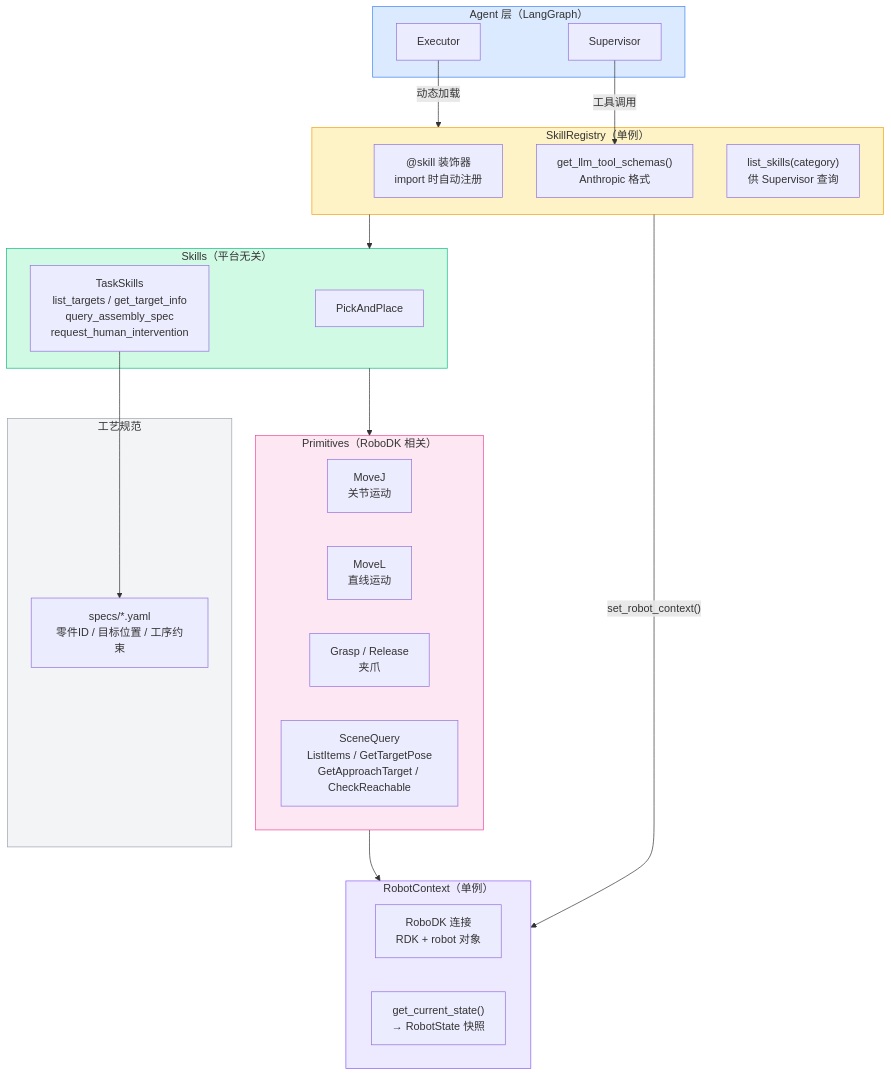
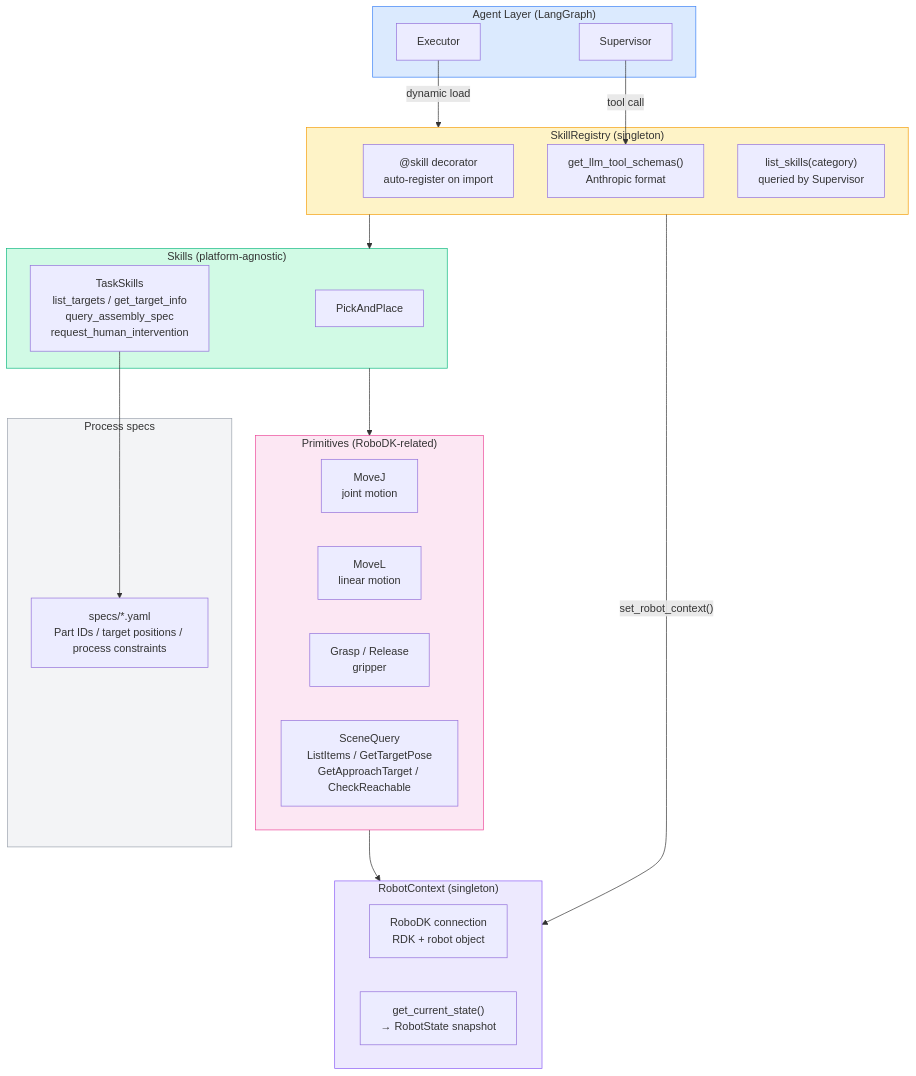
One commit to SniperPigeon/RoboSkiAgent changed the fourth of 7 diagrams in SkiLib/doc/DIAGRAMS.md. Above: the diagram before and after it, drawn with Mermaid. The commit also changed other lines of this file, not shown here.

Commit message:
update diagram

````diff
--- a/SkiLib/doc/DIAGRAMS.md
+++ b/SkiLib/doc/DIAGRAMS.md
@@ -185,49 +185,49 @@
 ```mermaid
 graph TB
-    subgraph AGENT["Agent 层（LangGraph）"]
+    subgraph AGENT["Agent Layer (LangGraph)"]
         SUP2["Supervisor"]
         EXEC2["Executor"]
     end
 
-    subgraph REGISTRY["SkillRegistry（单例）"]
-        DEC["@skill 装饰器<br/>import 时自动注册"]
-        SCHEMA["get_llm_tool_schemas()<br/>Anthropic 格式"]
-        LIST["list_skills(category)<br/>供 Supervisor 查询"]
+    subgraph REGISTRY["SkillRegistry (singleton)"]
+        DEC["@skill decorator<br/>auto-register on import"]
+        SCHEMA["get_llm_tool_schemas()<br/>Anthropic format"]
+        LIST["list_skills(category)<br/>queried by Supervisor"]
     end
 
-    subgraph SKILLS2["Skills（平台无关）"]
+    subgraph SKILLS2["Skills (platform-agnostic)"]
         PAP["PickAndPlace"]
         TS["TaskSkills<br/>list_targets / get_target_info<br/>query_assembly_spec<br/>request_human_intervention"]
     end
 
-    subgraph PRIMS2["Primitives（RoboDK 相关）"]
-        MJ["MoveJ<br/>关节运动"]
-        ML["MoveL<br/>直线运动"]
-        GR["Grasp / Release<br/>夹爪"]
+    subgraph PRIMS2["Primitives (RoboDK-related)"]
+        MJ["MoveJ<br/>joint motion"]
+        ML["MoveL<br/>linear motion"]
+        GR["Grasp / Release<br/>gripper"]
         SQ["SceneQuery<br/>ListItems / GetTargetPose<br/>GetApproachTarget / CheckReachable"]
     end
 
-    subgraph CONTEXT["RobotContext（单例）"]
-        RDK2["RoboDK 连接<br/>RDK + robot 对象"]
-        STATE2["get_current_state()<br/>→ RobotState 快照"]
+    subgraph CONTEXT["RobotContext (singleton)"]
+        RDK2["RoboDK connection<br/>RDK + robot object"]
+        STATE2["get_current_state()<br/>→ RobotState snapshot"]
     end
 
-    subgraph SPECS["工艺规范"]
-        YAML["specs/*.yaml<br/>零件ID / 目标位置 / 工序约束"]
+    subgraph SPECS["Process specs"]
+        YAML["specs/*.yaml<br/>Part IDs / target positions / process constraints"]
     end
 
-    SUP2 -->|"工具调用"| SCHEMA
-    EXEC2 -->|"动态加载"| REGISTRY
+    SUP2 -->|"tool call"| SCHEMA
+    EXEC2 -->|"dynamic load"| REGISTRY
     REGISTRY --> SKILLS2
     SKILLS2 --> PRIMS2
     PRIMS2 --> CONTEXT
     TS --> YAML
     REGISTRY -->|"set_robot_context()"| CONTEXT
 
     style AGENT fill:#dbeafe,stroke:#3b82f6
     style REGISTRY fill:#fef3c7,stroke:#f59e0b
     style SKILLS2 fill:#d1fae5,stroke:#10b981
     style PRIMS2 fill:#fce7f3,stroke:#ec4899
     style CONTEXT fill:#ede9fe,stroke:#8b5cf6
     style SPECS fill:#f3f4f6,stroke:#9ca3af
 ```
````
